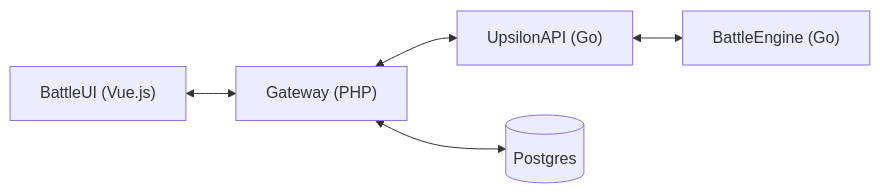
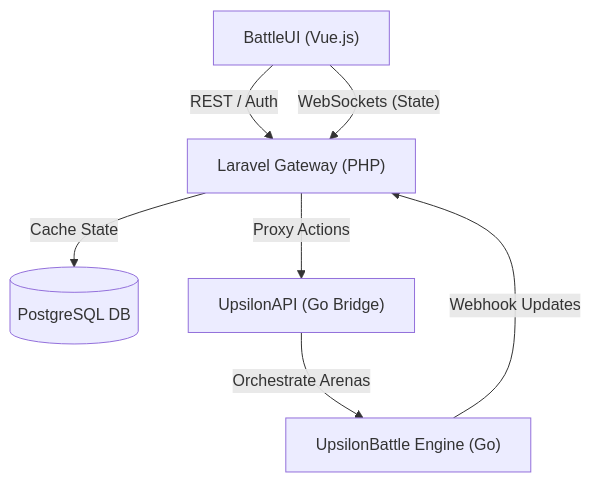
The second of 4 diagrams in documentation_complete.md (ecumeurs/upsilon-hub), drawn with Mermaid before and after one commit. The commit also changed other lines of this file and 2 other files, not shown here.

````diff
--- a/documentation_complete.md
+++ b/documentation_complete.md
@@ -149,13 +394,15 @@
 ```mermaid
-flowchart LR
-    Vue["BattleUI (Vue.js)"]
-    Laravel["Gateway (PHP)"]
-    GoBridge["UpsilonAPI (Go)"]
-    Engine["BattleEngine (Go)"]
-    DB[(Postgres)]
+flowchart TD
+    UI["BattleUI (Vue.js)"]
+    LGW["Laravel Gateway (PHP)"]
+    DB[("PostgreSQL DB")]
+    UAPI["UpsilonAPI (Go Bridge)"]
+    UBG["UpsilonBattle Engine (Go)"]
 
-    Vue <--> Laravel
-    Laravel <--> GoBridge
-    GoBridge <--> Engine
-    Laravel <--> DB
+    UI -- "REST / Auth" --> LGW
+    UI -- "WebSockets (State)" --> LGW
+    LGW -- "Proxy Actions" --> UAPI
+    LGW -- "Cache State" --> DB
+    UAPI -- "Orchestrate Arenas" --> UBG
+    UBG -- "Webhook Updates" --> LGW
 ```
````
